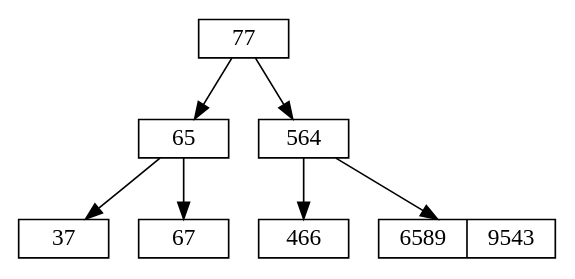
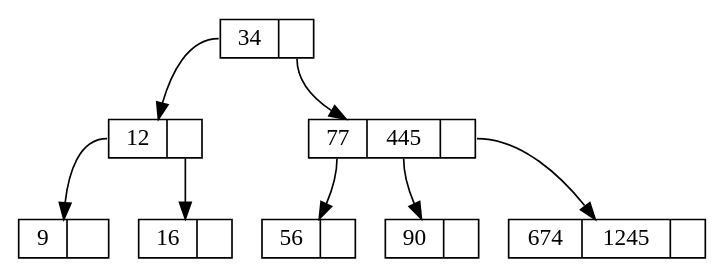
One commit to zpnst/btree changed the diagram in data/btree_after_deletion.dot. Above: the diagram before and after it, drawn with Graphviz. The commit also changed 13 other files, not shown here.

```diff
--- a/data/btree_after_deletion.dot
+++ b/data/btree_after_deletion.dot
@@ -1,16 +1,18 @@
 digraph BTree {
     node [shape=record, height=.1];
-    node0x55a351c6a3e0 [label="<f0>77"];
-    "node0x55a351c6a3e0":f0 -> "node0x55a351c6a340";
-    node0x55a351c6a340 [label="<f0>65"];
-    "node0x55a351c6a340":f0 -> "node0x55a351c6a2a0";
-    node0x55a351c6a2a0 [label="<f0>37"];
-    "node0x55a351c6a340":f1 -> "node0x55a351c6a660";
-    node0x55a351c6a660 [label="<f0>67"];
-    "node0x55a351c6a3e0":f1 -> "node0x55a351c6a7a0";
-    node0x55a351c6a7a0 [label="<f0>564"];
-    "node0x55a351c6a7a0":f0 -> "node0x55a351c6a5c0";
-    node0x55a351c6a5c0 [label="<f0>466"];
-    "node0x55a351c6a7a0":f1 -> "node0x55a351c6a700";
-    node0x55a351c6a700 [label="<f0>6589|<f1>9543"];
+    node0x55d3179333c0 [label="<f0>34|<f1>"];
+    "node0x55d3179333c0":f0 -> "node0x55d317933330";
+    node0x55d317933330 [label="<f0>12|<f1>"];
+    "node0x55d317933330":f0 -> "node0x55d3179332a0";
+    node0x55d3179332a0 [label="<f0>9|<f1>"];
+    "node0x55d317933330":f1 -> "node0x55d317933570";
+    node0x55d317933570 [label="<f0>16|<f1>"];
+    "node0x55d3179333c0":f1 -> "node0x55d317933690";
+    node0x55d317933690 [label="<f0>77|<f1>445|<f2>"];
+    "node0x55d317933690":f0 -> "node0x55d317933450";
+    node0x55d317933450 [label="<f0>56|<f1>"];
+    "node0x55d317933690":f1 -> "node0x55d317933600";
+    node0x55d317933600 [label="<f0>90|<f1>"];
+    "node0x55d317933690":f2 -> "node0x55d317933840";
+    node0x55d317933840 [label="<f0>674|<f1>1245|<f2>"];
 }
```
